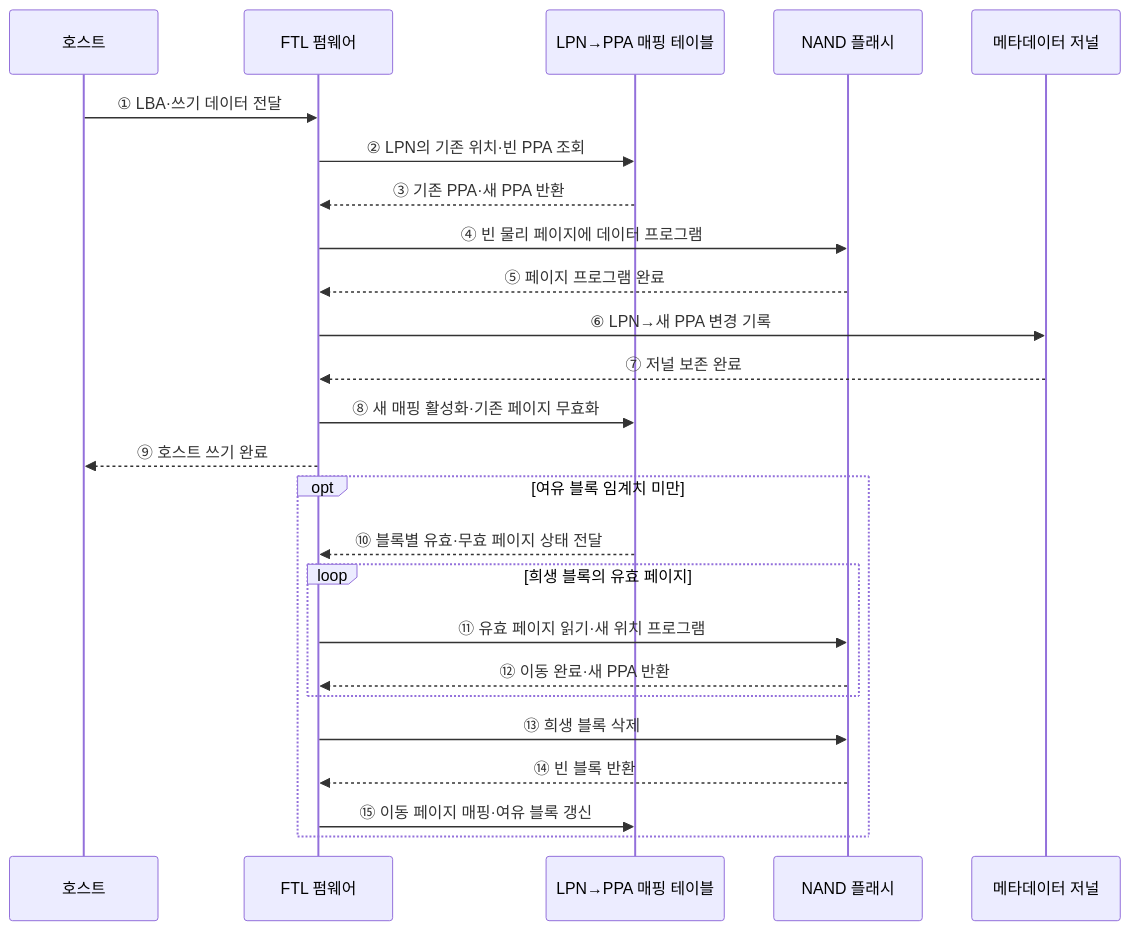
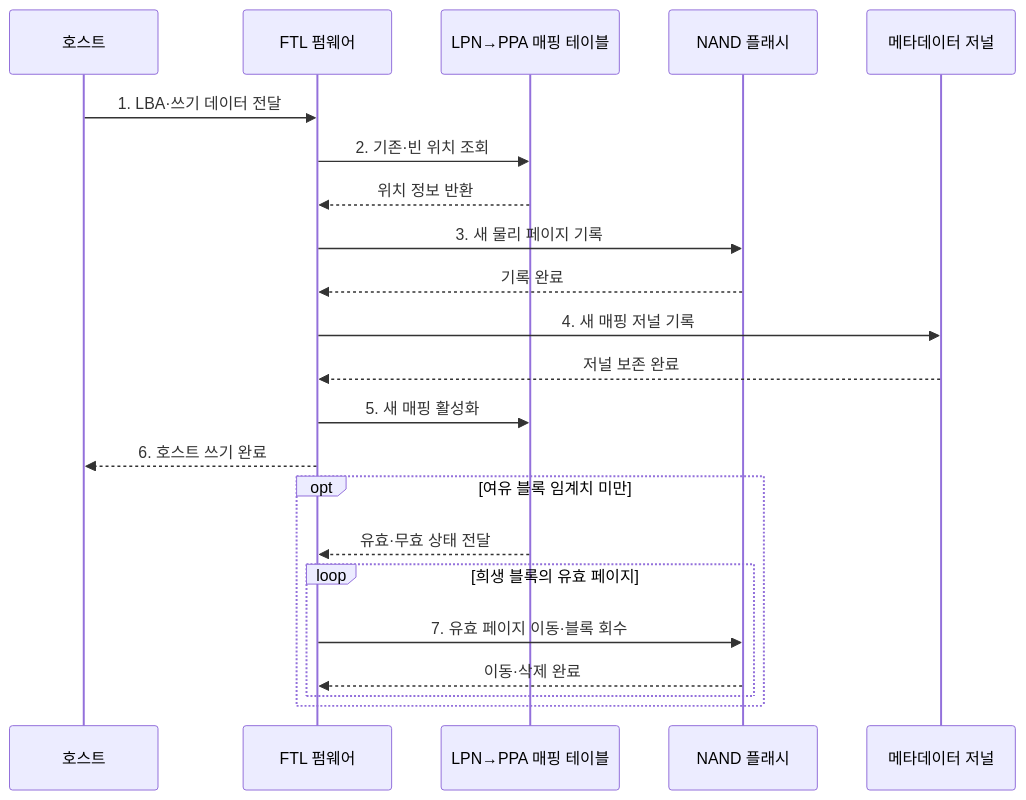
Before and after one commit to agnusdei1207/knowledge-base: the second of 2 diagrams in src/content/docs/notes/02-hardware/030_ssd_ftl.md, drawn with Mermaid. The commit also changed other lines of this file and 20 other files, not shown here.

````diff
--- a/src/content/docs/notes/02-hardware/030_ssd_ftl.md
+++ b/src/content/docs/notes/02-hardware/030_ssd_ftl.md
@@ -93,28 +96,25 @@
 ```mermaid
 sequenceDiagram
     participant H as 호스트
     participant F as FTL 펌웨어
     participant M as LPN→PPA 매핑 테이블
     participant N as NAND 플래시
     participant J as 메타데이터 저널
 
-    H->>F: ① LBA·쓰기 데이터 전달
-    F->>M: ② LPN의 기존 위치·빈 PPA 조회
-    M-->>F: ③ 기존 PPA·새 PPA 반환
-    F->>N: ④ 빈 물리 페이지에 데이터 프로그램
-    N-->>F: ⑤ 페이지 프로그램 완료
-    F->>J: ⑥ LPN→새 PPA 변경 기록
-    J-->>F: ⑦ 저널 보존 완료
-    F->>M: ⑧ 새 매핑 활성화·기존 페이지 무효화
-    F-->>H: ⑨ 호스트 쓰기 완료
+    H->>F: 1. LBA·쓰기 데이터 전달
+    F->>M: 2. 기존·빈 위치 조회
+    M-->>F: 위치 정보 반환
+    F->>N: 3. 새 물리 페이지 기록
+    N-->>F: 기록 완료
+    F->>J: 4. 새 매핑 저널 기록
+    J-->>F: 저널 보존 완료
+    F->>M: 5. 새 매핑 활성화
+    F-->>H: 6. 호스트 쓰기 완료
     opt 여유 블록 임계치 미만
-        M-->>F: ⑩ 블록별 유효·무효 페이지 상태 전달
+        M-->>F: 유효·무효 상태 전달
         loop 희생 블록의 유효 페이지
-            F->>N: ⑪ 유효 페이지 읽기·새 위치 프로그램
-            N-->>F: ⑫ 이동 완료·새 PPA 반환
+            F->>N: 7. 유효 페이지 이동·블록 회수
+            N-->>F: 이동·삭제 완료
         end
-        F->>N: ⑬ 희생 블록 삭제
-        N-->>F: ⑭ 빈 블록 반환
-        F->>M: ⑮ 이동 페이지 매핑·여유 블록 갱신
     end
 ```
````
